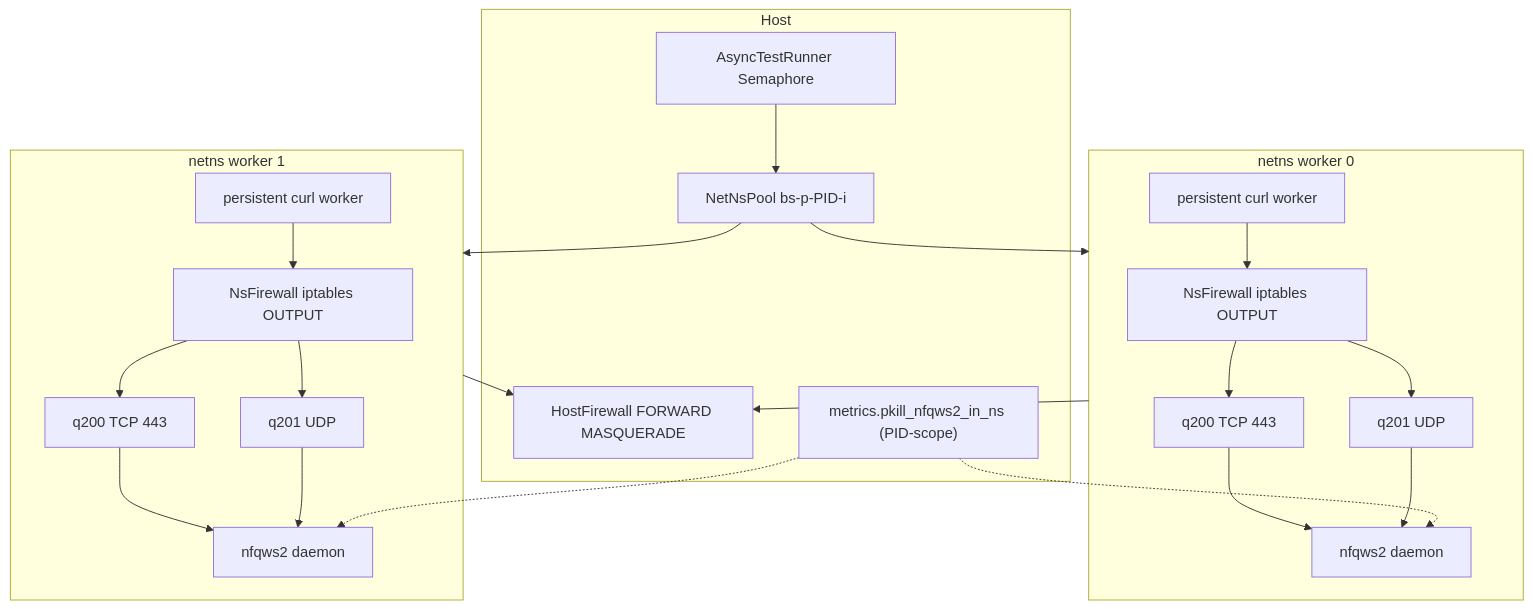
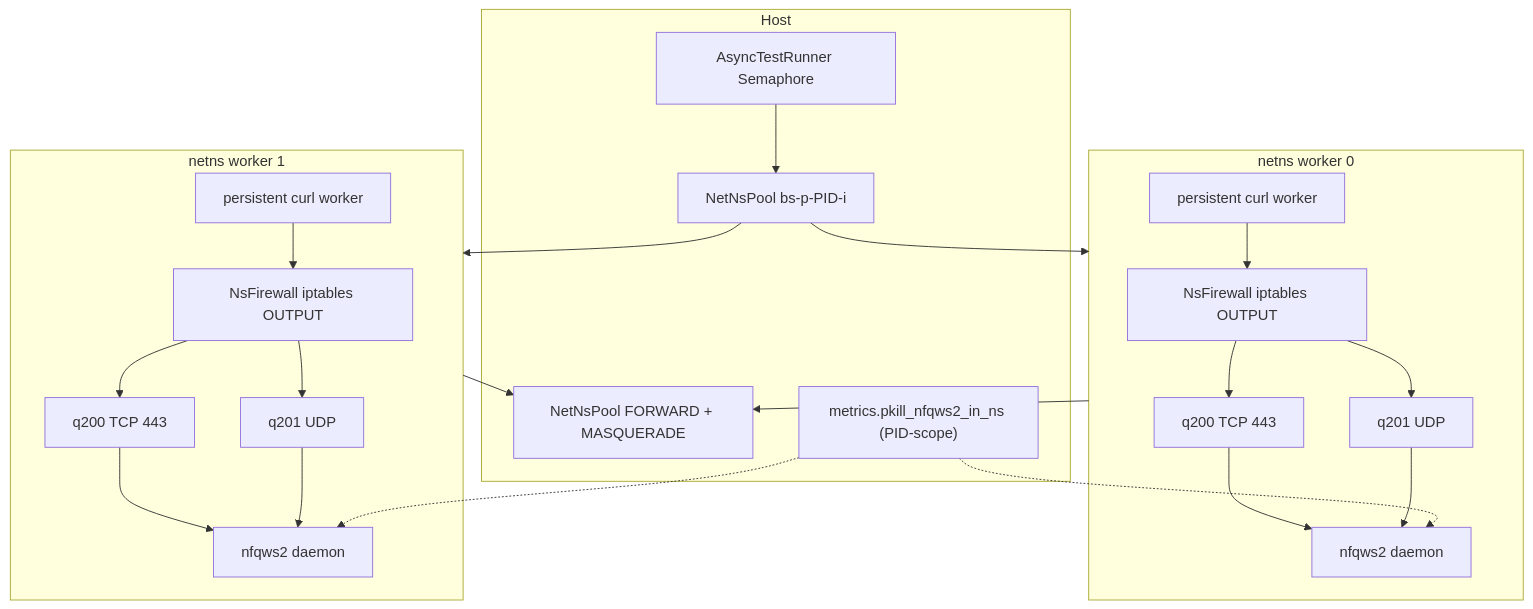
One commit to zhoel-sherk/blockcheckS changed the seventh of 13 diagrams in docs/architecture.md. Above: the diagram before and after it, drawn with Mermaid. The commit also changed other lines of this file and 20 other files, not shown here.

````diff
--- a/docs/architecture.md
+++ b/docs/architecture.md
@@ -407,34 +409,34 @@
 ```mermaid
 flowchart TB
   subgraph hostLayer2 ["Host"]
     sem["AsyncTestRunner Semaphore"]
     pool["NetNsPool bs-p-PID-i"]
-    hostFw["HostFirewall FORWARD MASQUERADE"]
+    hostFw["NetNsPool FORWARD + MASQUERADE"]
     pkill["metrics.pkill_nfqws2_in_ns (PID-scope)"]
   end
   subgraph ns0 ["netns worker 0"]
     nsFw0["NsFirewall iptables OUTPUT"]
     q200_0["q200 TCP 443"]
     q201_0["q201 UDP"]
     nfq0["nfqws2 daemon"]
     curl0["persistent curl worker"]
     curl0 --> nsFw0 --> q200_0 --> nfq0
     nsFw0 --> q201_0 --> nfq0
   end
   subgraph ns1 ["netns worker 1"]
     nsFw1["NsFirewall iptables OUTPUT"]
     q200_1["q200 TCP 443"]
     q201_1["q201 UDP"]
     nfq1["nfqws2 daemon"]
     curl1["persistent curl worker"]
     curl1 --> nsFw1 --> q200_1 --> nfq1
     nsFw1 --> q201_1 --> nfq1
   end
   sem --> pool
   pool --> ns0
   pool --> ns1
   ns0 --> hostFw
   ns1 --> hostFw
   pkill -.-> nfq0
   pkill -.-> nfq1
 ```
````
